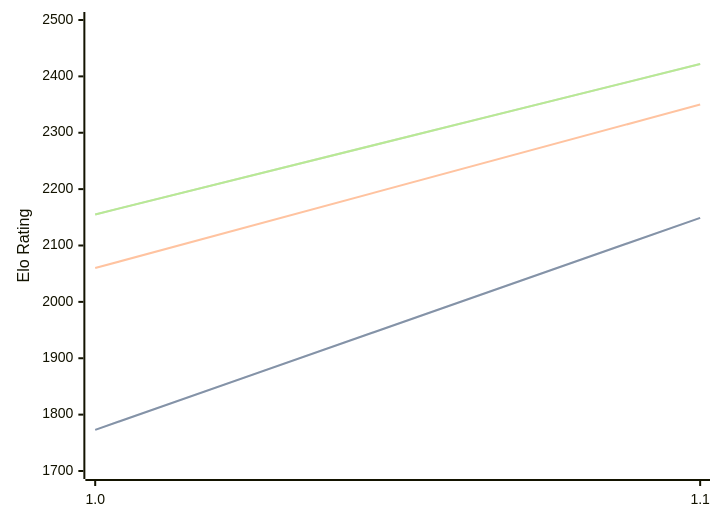
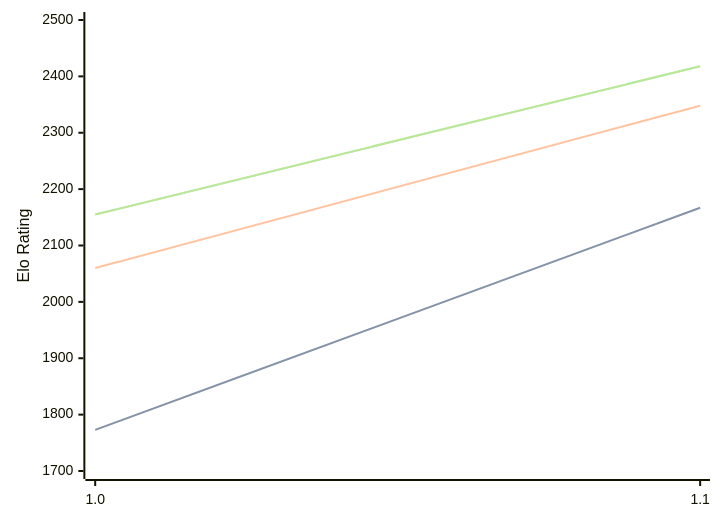
One commit to computer-chess-index/cci changed the diagram in engines/Echekinator.md. Above: the diagram before and after it, drawn with Mermaid. The commit also changed other lines of this file, not shown here.

Commit message:
Update CCI Ratings (ELO VLTC) - 2026-10-07

````diff
--- a/engines/Echekinator.md
+++ b/engines/Echekinator.md
@@ -32,11 +32,11 @@
 ```mermaid
 %%{init: {"theme":"base","themeVariables":{"seriesColors:['#a3a3a3','#222221','#faa371']}}}%%
 xychart-beta
   x-axis ["1.0", "1.1"]
   y-axis "Elo Rating" 1700 --> 2500
-  line "" [1773, 2149]
-  line "STC (8.0+0.08s)" [1773, 2149]
-  line "LTC (60.0+0.60s)" [2060, 2350]
-  line "" [2155, 2422]
-  line "VLTC (2m24s+1.12s)" [2155, 2422]
+  line "" [1773, 2167]
+  line "STC (8.0+0.08s)" [1773, 2167]
+  line "LTC (60.0+0.60s)" [2060, 2348]
+  line "" [2155, 2418]
+  line "VLTC (2m24s+1.12s)" [2155, 2418]
 ```
````
